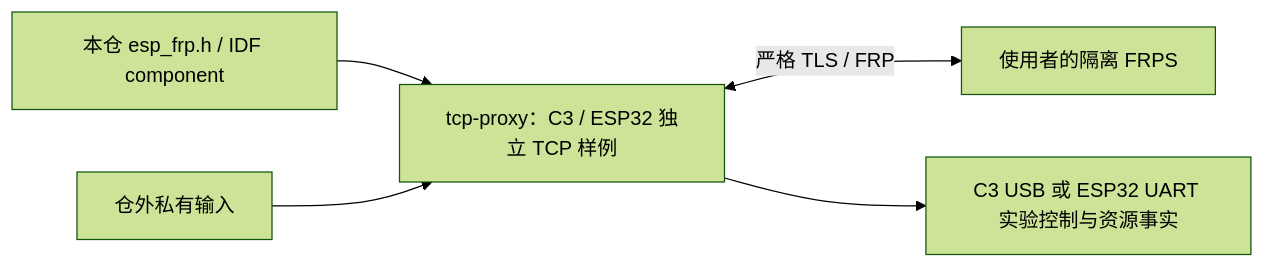
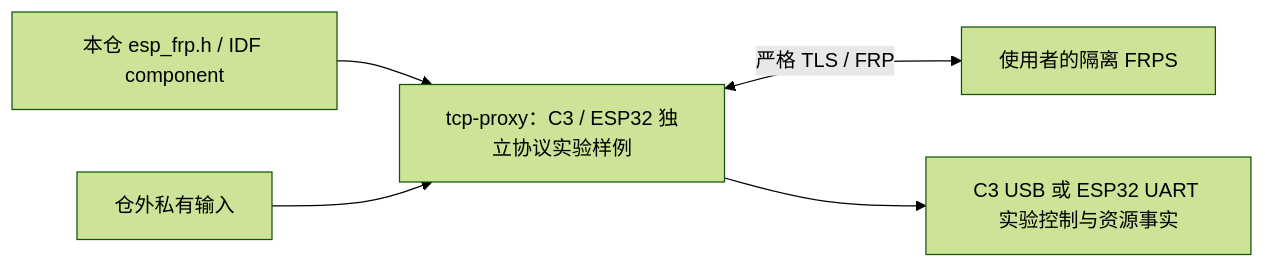
The diagram in examples/README.md (darren-you/esp-frp), drawn with Mermaid (forest theme) before and after one commit. The commit also changed other lines of this file and 24 other files, not shown here.

````diff
--- a/examples/README.md
+++ b/examples/README.md
@@ -7,7 +7,7 @@
 ```mermaid
 flowchart LR
-    library["本仓 esp_frp.h / IDF component"] --> sample["tcp-proxy：C3 / ESP32 独立 TCP 样例"]
+    library["本仓 esp_frp.h / IDF component"] --> sample["tcp-proxy：C3 / ESP32 独立协议实验样例"]
     inputs["仓外私有输入"] --> sample
     sample <-->|"严格 TLS / FRP"| server["使用者的隔离 FRPS"]
     sample --> serial["C3 USB 或 ESP32 UART 实验控制与资源事实"]
 ```
````
